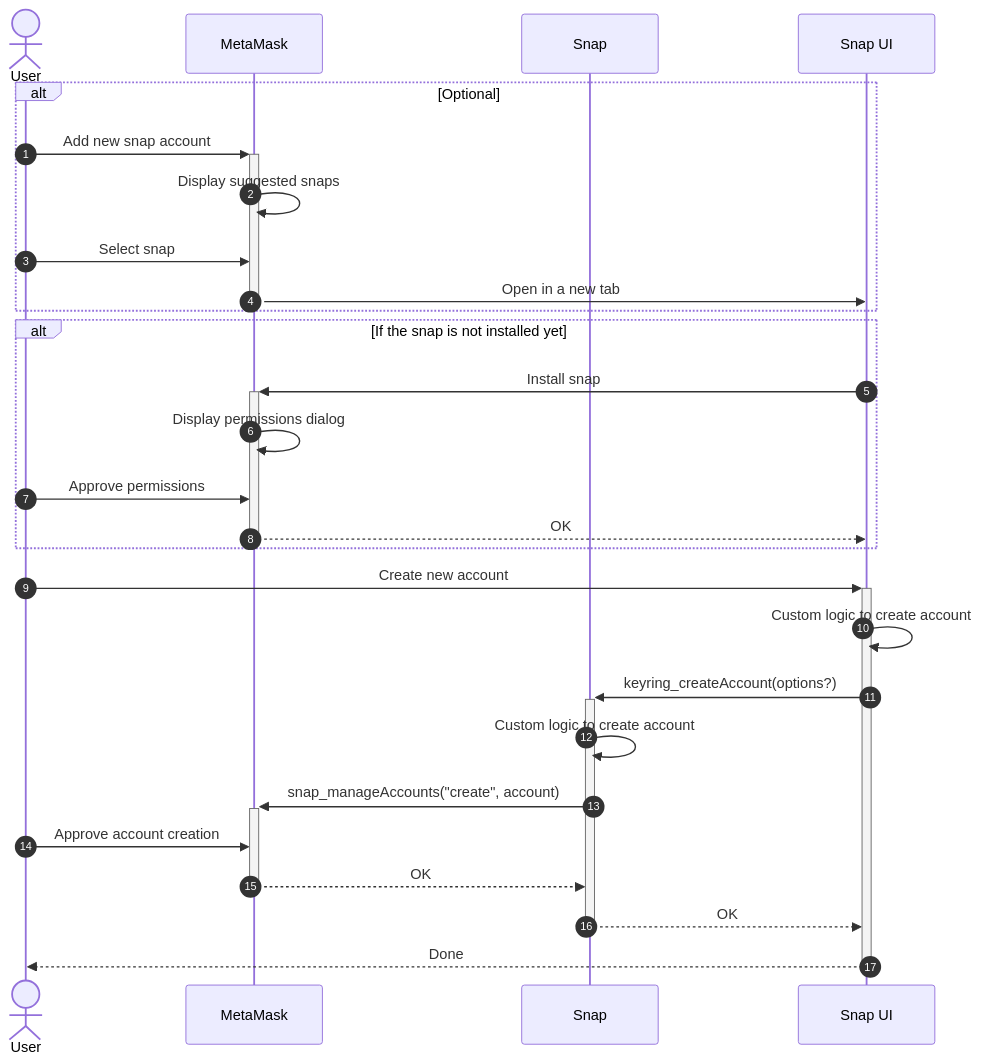
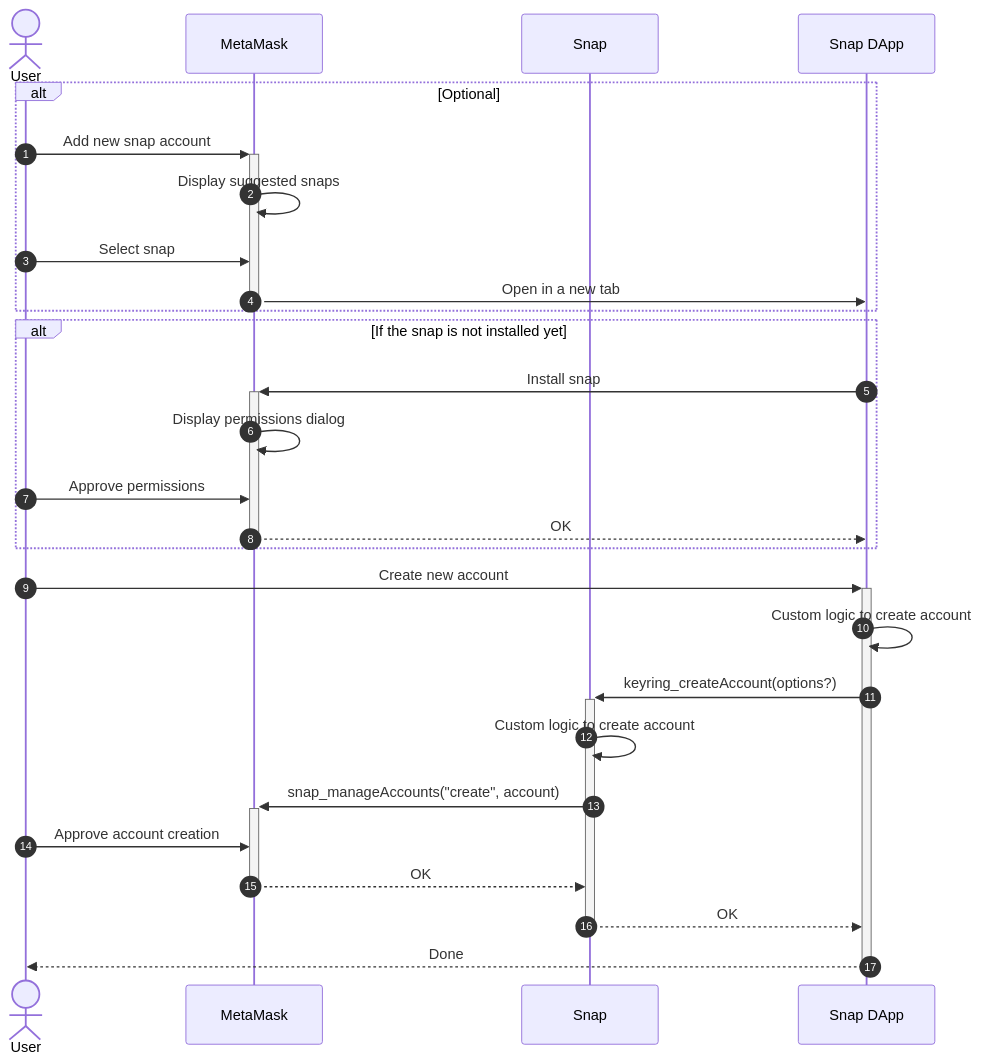
Before and after one commit to MetaMask/keyring-api: the second of 4 diagrams in docs/architecture.md, drawn with Mermaid. The commit also changed other lines of this file, not shown here.

Commit message:
docs: rename "snap UI" to "snap dapp"

````diff
--- a/docs/architecture.md
+++ b/docs/architecture.md
@@ -55,34 +55,34 @@
 ```mermaid
 sequenceDiagram
 autonumber
 
 actor User
 participant MetaMask
 participant Snap
-participant Site as Snap UI
+participant Site as Snap DApp
 
 alt Optional
   User ->>+ MetaMask: Add new snap account
   MetaMask ->> MetaMask: Display suggested snaps
   User ->> MetaMask: Select snap
   MetaMask ->> Site: Open in a new tab
   deactivate MetaMask
 end
 
 alt If the snap is not installed yet
   Site ->>+ MetaMask: Install snap
   MetaMask ->> MetaMask: Display permissions dialog
   User ->> MetaMask: Approve permissions
   MetaMask -->>- Site: OK
 end
 
 User ->>+ Site: Create new account
 Site ->> Site: Custom logic to create account
 Site ->>+ Snap: keyring_createAccount(options?)
 Snap ->> Snap: Custom logic to create account
 Snap ->>+ MetaMask: snap_manageAccounts("create", account)
 User ->> MetaMask: Approve account creation
 MetaMask -->>- Snap: OK
 Snap -->>- Site: OK
 Site -->>- User: Done
 ```
````
